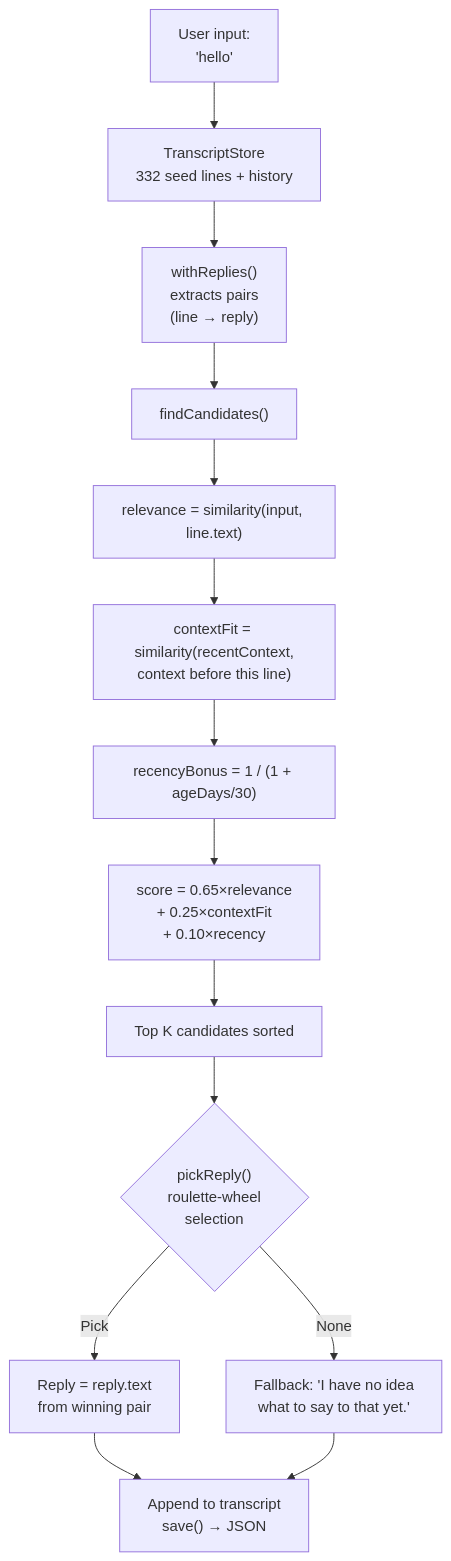
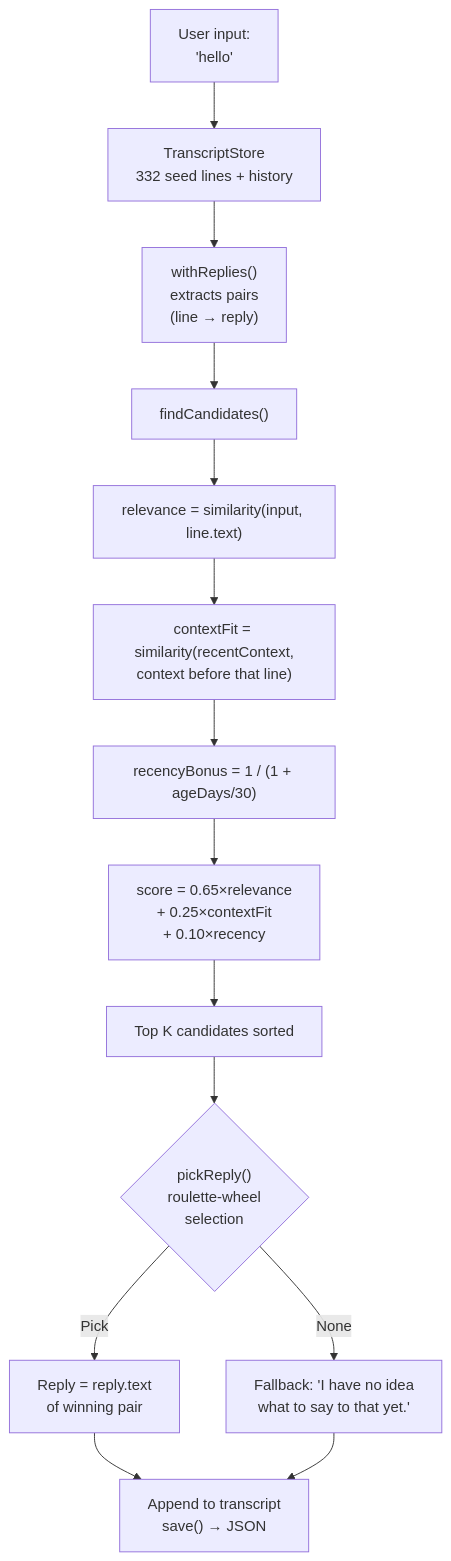
Before and after one commit to fox3000foxy/fox3000foxy.github.io: the second of 2 diagrams in public/articles/en/from-eliza-to-llm-chatbots-typescript.md, drawn with Mermaid. The commit also changed other lines of this file and 576 other files, not shown here.

````diff
--- a/public/articles/en/from-eliza-to-llm-chatbots-typescript.md
+++ b/public/articles/en/from-eliza-to-llm-chatbots-typescript.md
@@ -308,16 +305,16 @@
 ```mermaid
 flowchart TD
     A["User input:<br>'hello'"] --> B["TranscriptStore<br>332 seed lines + history"]
     B --> C["withReplies()<br>extracts pairs<br>(line → reply)"]
     C --> D["findCandidates()"]
     D --> E["relevance = similarity(input, line.text)"]
-    E --> F["contextFit = similarity(recentContext,<br>context before this line)"]
+    E --> F["contextFit = similarity(recentContext,<br>context before that line)"]
     F --> G["recencyBonus = 1 / (1 + ageDays/30)"]
     G --> H["score = 0.65×relevance<br>+ 0.25×contextFit<br>+ 0.10×recency"]
     H --> I["Top K candidates sorted"]
     I --> J{"pickReply()<br>roulette-wheel<br>selection"}
-    J -->|"Pick"| K["Reply = reply.text<br>from winning pair"]
+    J -->|"Pick"| K["Reply = reply.text<br>of winning pair"]
     J -->|"None"| L["Fallback: 'I have no idea<br>what to say to that yet.'"]
     K --> M["Append to transcript<br>save() → JSON"]
     L --> M
 ```
````
